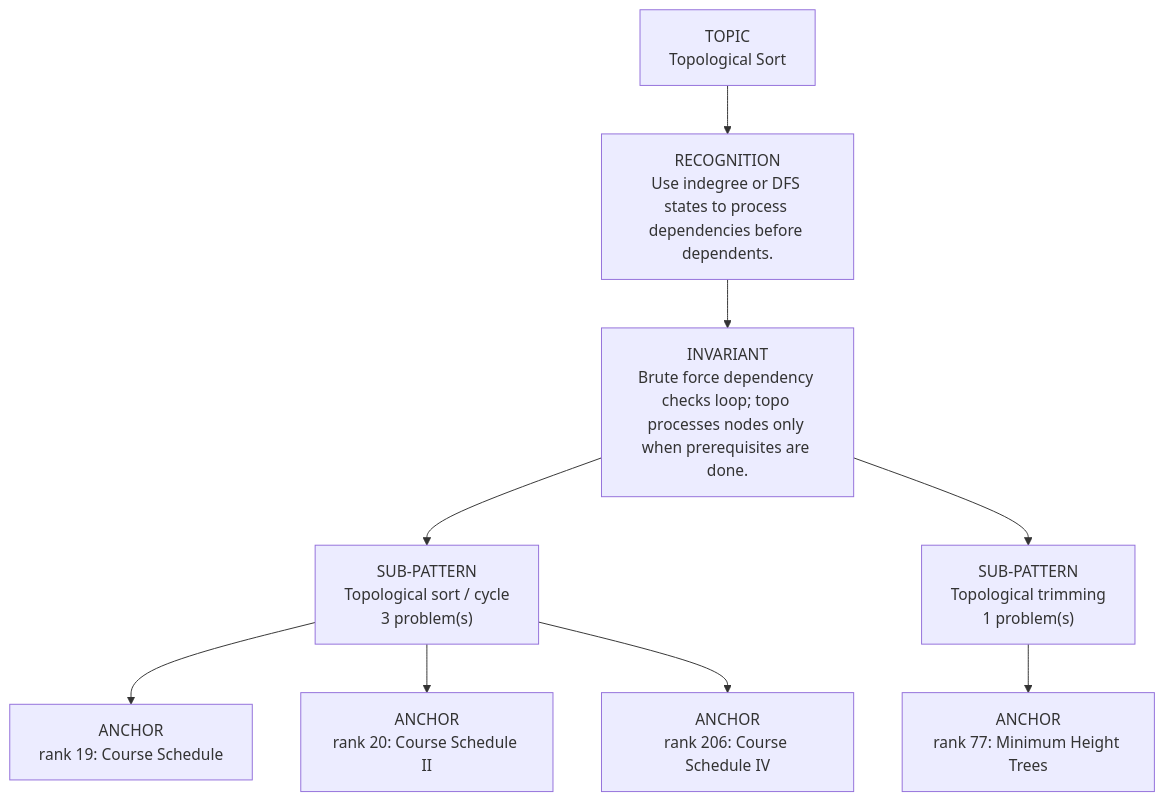
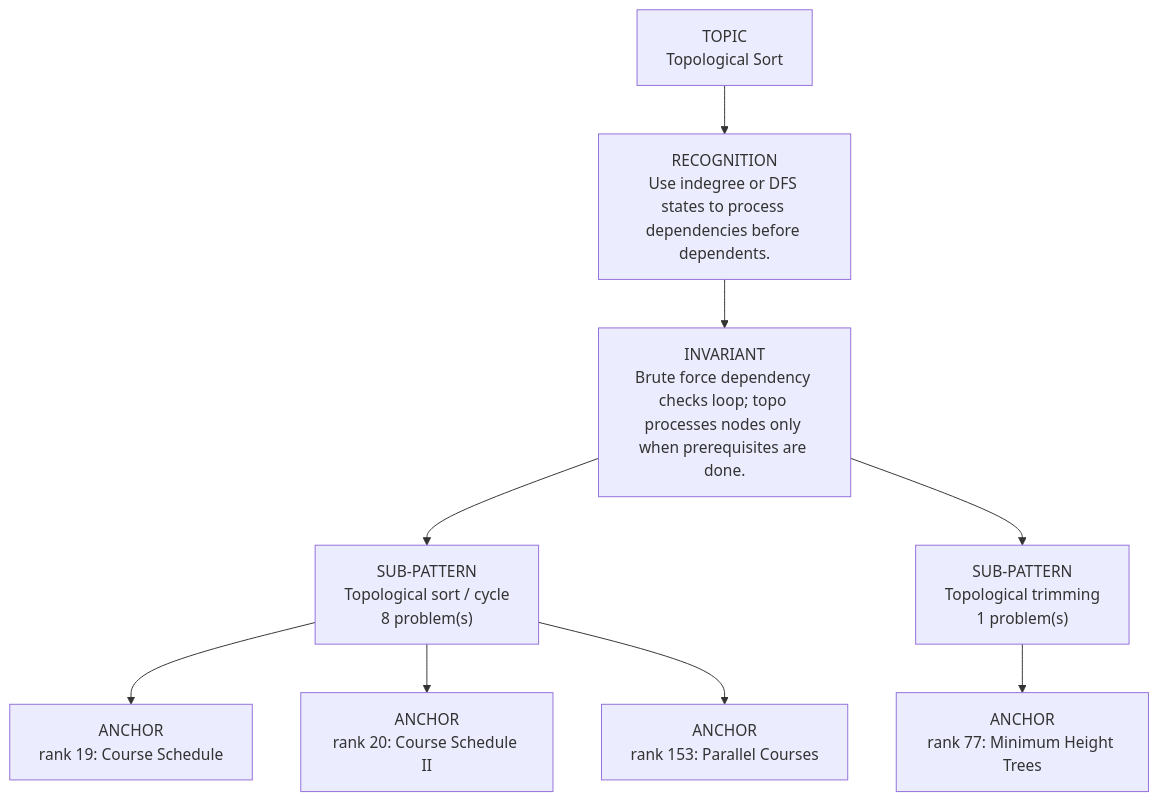
One commit to thechiranjeevjain/DSA10days changed the diagram in dsa-review/interview/patterns/10_topological_sort.md. Above: the diagram before and after it, drawn with Mermaid. The commit also changed other lines of this file and 28 other files, not shown here.

````diff
--- a/dsa-review/interview/patterns/10_topological_sort.md
+++ b/dsa-review/interview/patterns/10_topological_sort.md
@@ -15,13 +15,13 @@
 ```mermaid
 flowchart TD
   Topic["TOPIC<br/>Topological Sort"]
   Recognition["RECOGNITION<br/>Use indegree or DFS states to process dependencies before dependents."]
   Invariant["INVARIANT<br/>Brute force dependency checks loop; topo processes nodes only when prerequisites are done."]
   Topic --> Recognition --> Invariant
-  Invariant --> Sub01["SUB-PATTERN<br/>Topological sort / cycle<br/>3 problem(s)"]
+  Invariant --> Sub01["SUB-PATTERN<br/>Topological sort / cycle<br/>8 problem(s)"]
   Sub01 --> Sub01A01["ANCHOR<br/>rank 19: Course Schedule"]
   Sub01 --> Sub01A02["ANCHOR<br/>rank 20: Course Schedule II"]
-  Sub01 --> Sub01A03["ANCHOR<br/>rank 206: Course Schedule IV"]
+  Sub01 --> Sub01A03["ANCHOR<br/>rank 153: Parallel Courses"]
   Invariant --> Sub02["SUB-PATTERN<br/>Topological trimming<br/>1 problem(s)"]
   Sub02 --> Sub02A01["ANCHOR<br/>rank 77: Minimum Height Trees"]
 ```
````
